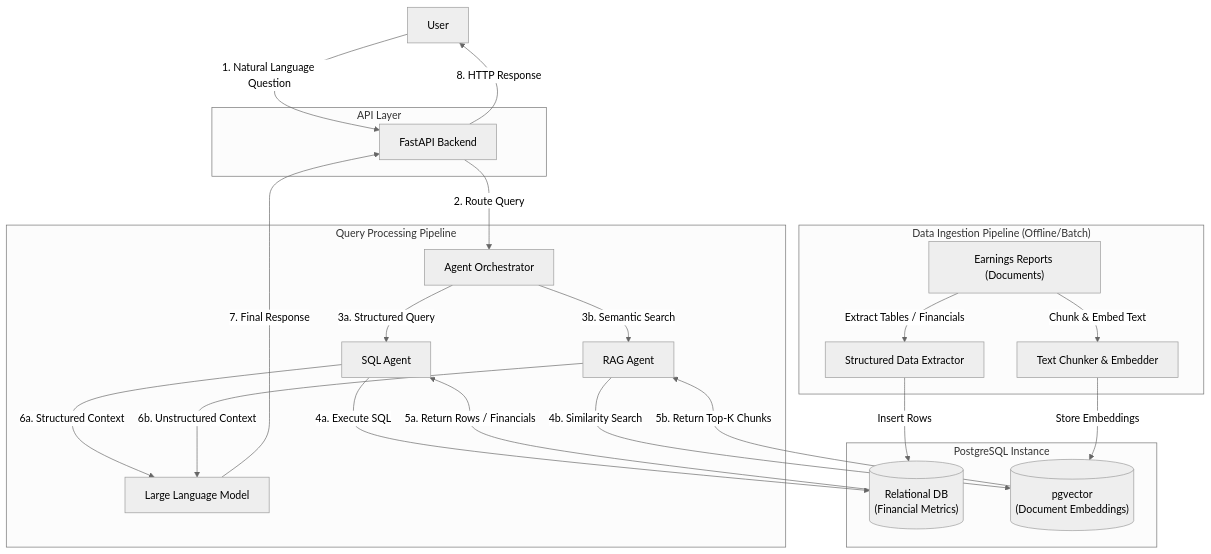
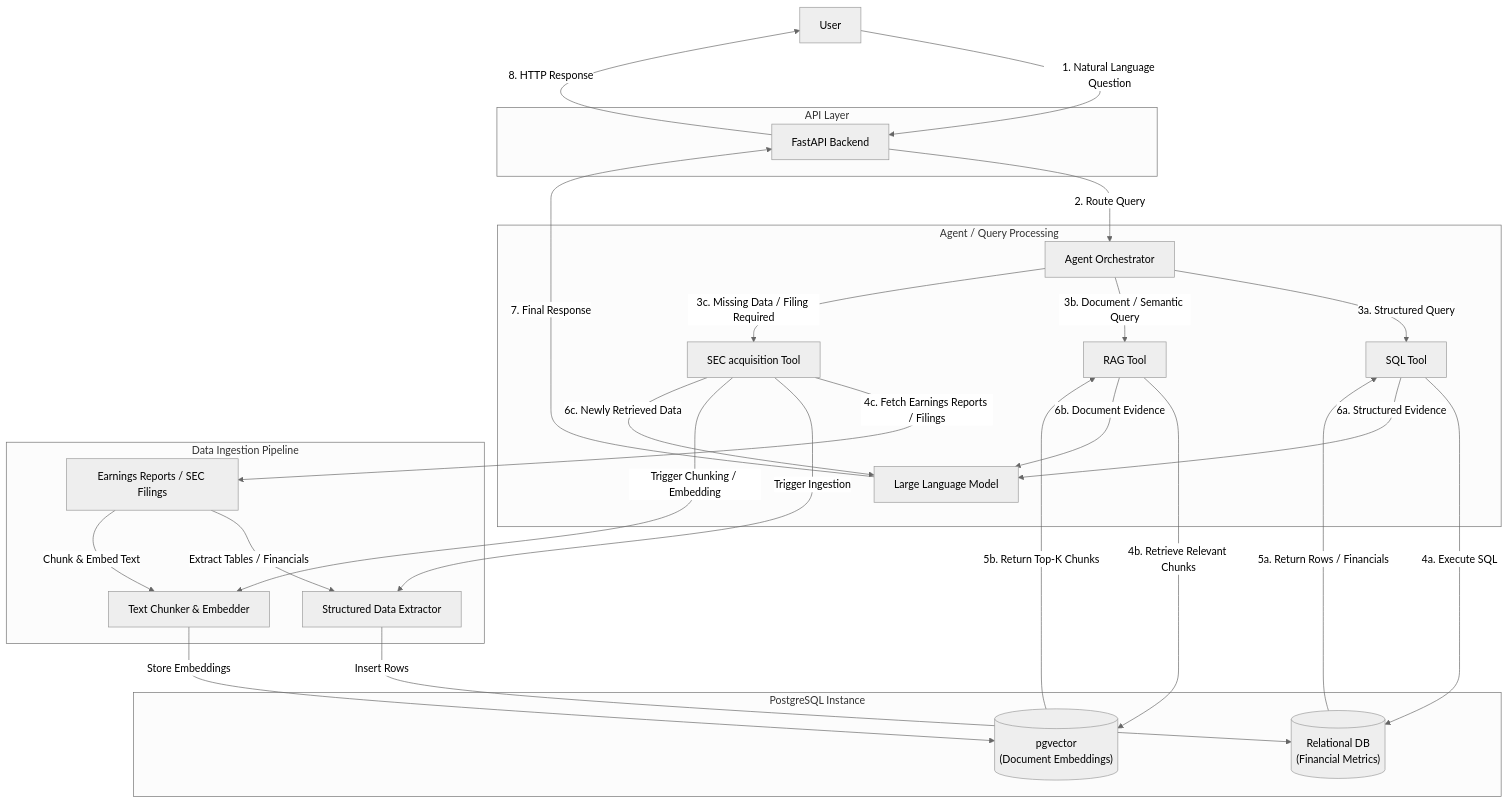
One commit to yucheng-fu/financial-data-agent changed the diagram in docs/architecture.md. Above: the diagram before and after it, drawn with Mermaid (neutral theme). The commit also changed 18 other files, not shown here.

Commit message:
Apply migrations to postgres database

```diff
--- a/docs/architecture.md
+++ b/docs/architecture.md
@@ -24,15 +24,18 @@
         fastapi["FastAPI Backend"]
     end
 
-    subgraph QueryPipeline["Query Processing Pipeline"]
+    subgraph QueryPipeline["Agent / Query Processing"]
         orchestrator["Agent Orchestrator"]
-        sql_agent["SQL Agent"]
-        rag_agent["RAG Agent"]
+
+        sql_tool["SQL Tool"]
+        rag_tool["RAG Tool"]
+        retrieval_tool["SEC acquisition Tool"]
+
         synthesizer["Large Language Model"]
     end
 
-    subgraph IngestionPipeline["Data Ingestion Pipeline (Offline/Batch)"]
-        docs["Earnings Reports (Documents)"]
+    subgraph IngestionPipeline["Data Ingestion Pipeline"]
+        docs["Earnings Reports / SEC Filings"]
         extractor["Structured Data Extractor"]
         chunker["Text Chunker & Embedder"]
     end
@@ -42,25 +45,66 @@
         pgvector[("pgvector\n(Document Embeddings)")]
     end
 
-    %% Ingestion Flow
-    docs -->|Extract Tables / Financials| extractor -->|Insert Rows| postgres
-    docs -->|Chunk & Embed Text| chunker -->|Store Embeddings| pgvector
+    %% =========================================================
+    %% DATA INGESTION
+    %% =========================================================
 
-    %% Request / Response Flow
+    docs -->|Extract Tables / Financials| extractor
+    extractor -->|Insert Rows| postgres
+
+    docs -->|Chunk & Embed Text| chunker
+    chunker -->|Store Embeddings| pgvector
+
+    %% =========================================================
+    %% REQUEST / RESPONSE FLOW
+    %% =========================================================
+
     user -->|1. Natural Language Question| fastapi
     fastapi -->|2. Route Query| orchestrator
 
-    orchestrator -->|3a. Structured Query| sql_agent
-    orchestrator -->|3b. Semantic Search| rag_agent
+    %% =========================================================
+    %% AGENT TOOL SELECTION
+    %% =========================================================
 
-    sql_agent -->|4a. Execute SQL| postgres
-    postgres -->|5a. Return Rows / Financials| sql_agent
+    orchestrator -->|3a. Structured Query| sql_tool
+    orchestrator -->|3b. Document / Semantic Query| rag_tool
+    orchestrator -->|3c. Missing Data / Filing Required| retrieval_tool
 
-    rag_agent -->|4b. Similarity Search| pgvector
-    pgvector -->|5b. Return Top-K Chunks| rag_agent
+    %% =========================================================
+    %% SQL TOOL
+    %% =========================================================
 
-    sql_agent -->|6a. Structured Context| synthesizer
-    rag_agent -->|6b. Unstructured Context| synthesizer
+    sql_tool -->|4a. Execute SQL| postgres
+    postgres -->|5a. Return Rows / Financials| sql_tool
+
+    %% =========================================================
+    %% RAG TOOL
+    %% =========================================================
+
+    rag_tool -->|4b. Retrieve Relevant Chunks| pgvector
+    pgvector -->|5b. Return Top-K Chunks| rag_tool
+
+    %% =========================================================
+    %% SEC ACQUISITION TOOL
+    %% =========================================================
+
+    retrieval_tool -->|4c. Fetch Earnings Reports / Filings| docs
+
+    %% Retrieval populates the database
+    retrieval_tool -->|Trigger Ingestion| extractor
+    retrieval_tool -->|Trigger Chunking / Embedding| chunker
+
+    %% =========================================================
+    %% TOOL RESULTS → SYNTHESIS
+    %% =========================================================
+
+    sql_tool -->|6a. Structured Evidence| synthesizer
+    rag_tool -->|6b. Document Evidence| synthesizer
+    retrieval_tool -->|6c. Newly Retrieved Data| synthesizer
+
+    %% =========================================================
+    %% RESPONSE
+    %% =========================================================
 
     synthesizer -->|7. Final Response| fastapi
     fastapi -->|8. HTTP Response| user
```
